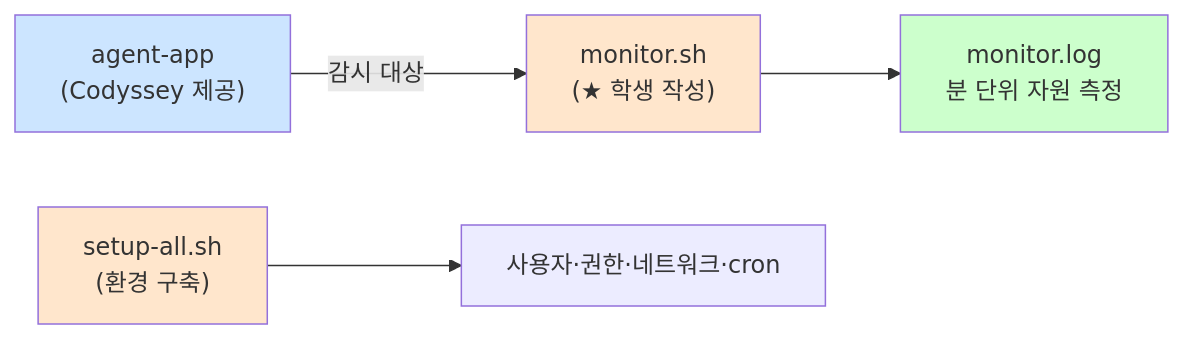
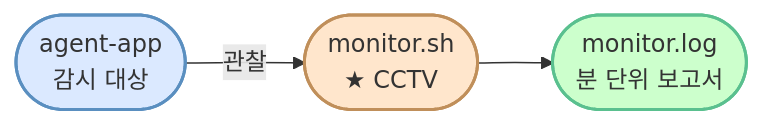
One commit to codewhite7777/codyssey_b1_1 changed the first of 8 diagrams in docs/spec-overview.md. Above: the diagram before and after it, drawn with Mermaid. The commit also changed other lines of this file, not shown here.

First line of the commit message:
docs(spec-overview): Mermaid 다이어그램 깔끔하게 다듬기

````diff
--- a/docs/spec-overview.md
+++ b/docs/spec-overview.md
@@ -13,11 +13,9 @@
 ```mermaid
 flowchart LR
-    A["agent-app<br/>(Codyssey 제공)"] -->|감시 대상| B["monitor.sh<br/>(★ 학생 작성)"]
-    B --> C["monitor.log<br/>분 단위 자원 측정"]
-    D["setup-all.sh<br/>(환경 구축)"] --> E["사용자·권한·네트워크·cron"]
+    A([agent-app<br/>감시 대상]) -->|관찰| B([monitor.sh<br/>★ CCTV])
+    B --> C([monitor.log<br/>분 단위 보고서])
 
-    style A fill:#cce5ff
-    style B fill:#ffe6cc
-    style C fill:#ccffcc
-    style D fill:#ffe6cc
+    style A fill:#dbe9ff,stroke:#5a8fc0,stroke-width:2px
+    style B fill:#ffe6cc,stroke:#c08f5a,stroke-width:2px
+    style C fill:#ccffcc,stroke:#5ac08f,stroke-width:2px
 ```
````
